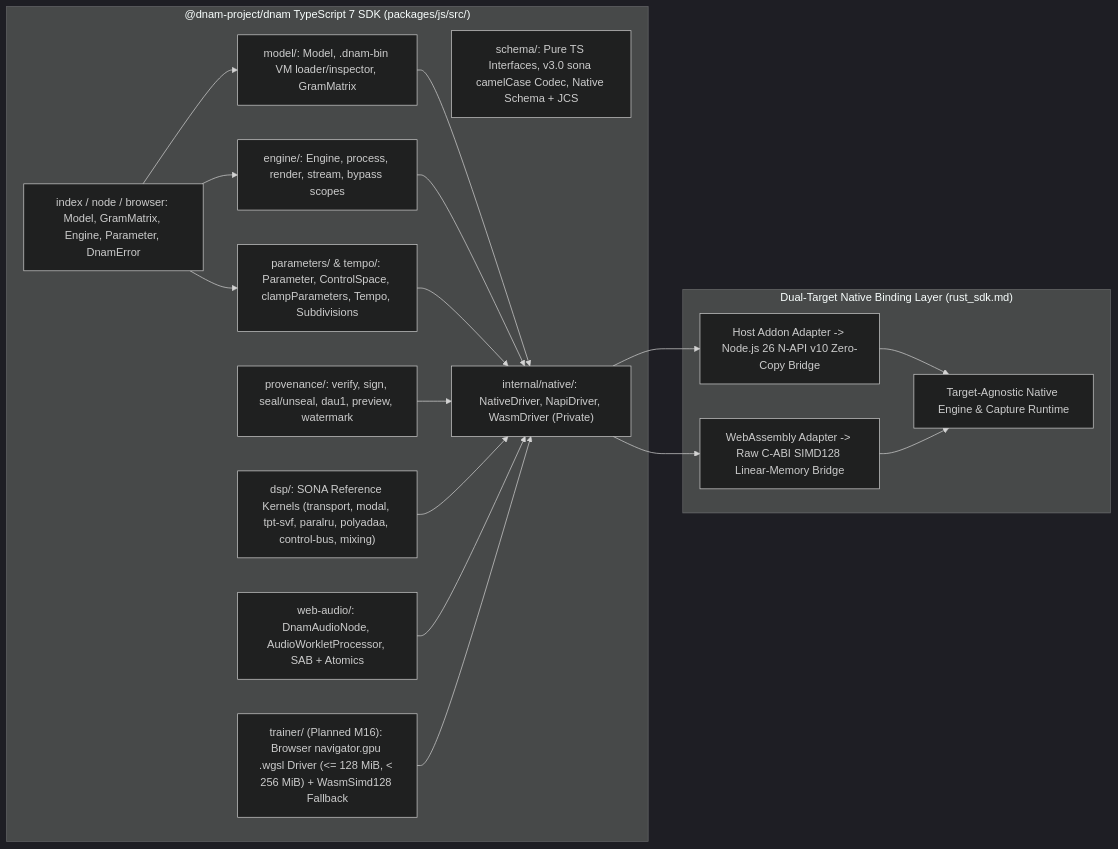
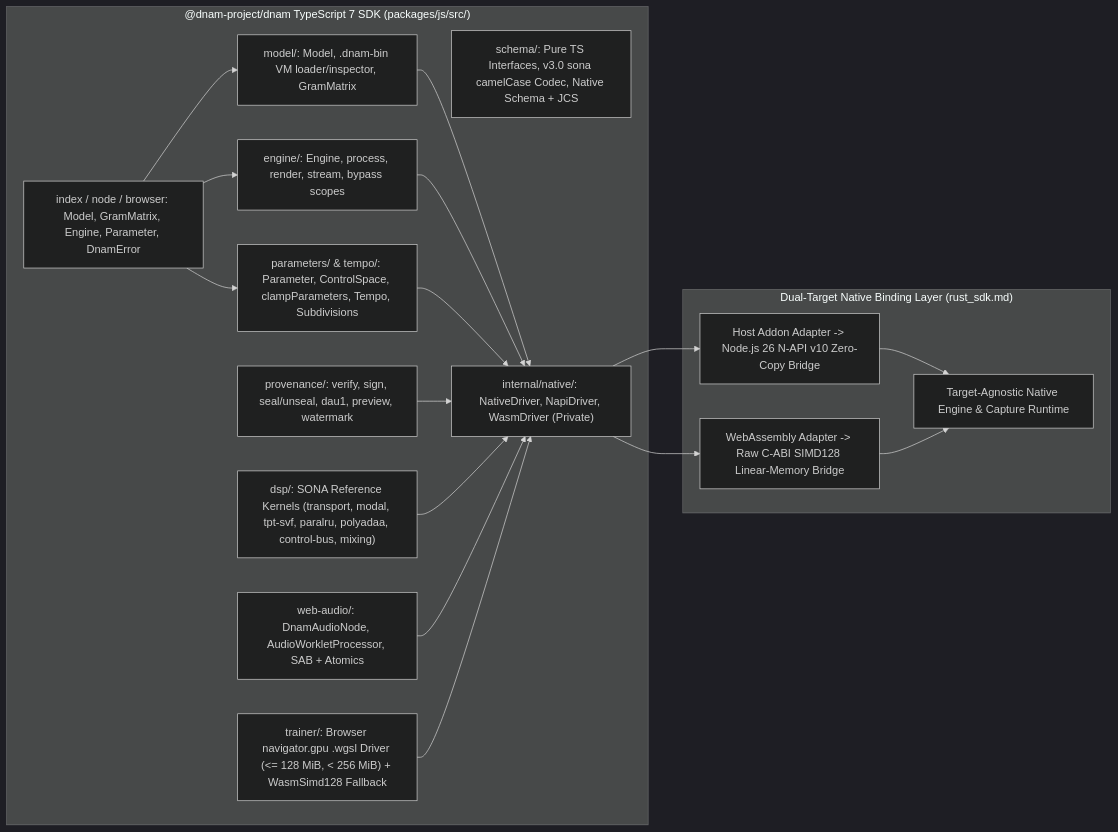
The diagram in docs/specs/sdks/typescript_sdk.md (mokugen/dnam), drawn with Mermaid (dark theme) before and after one commit. The commit also changed other lines of this file and 18 other files, not shown here.

````diff
--- a/docs/specs/sdks/typescript_sdk.md
+++ b/docs/specs/sdks/typescript_sdk.md
@@ -49,26 +49,26 @@
 ```mermaid
 flowchart LR
     subgraph TsSDK ["@dnam-project/dnam TypeScript 7 SDK (packages/js/src/)"]
         Top["index / node / browser: Model, GramMatrix, Engine, Parameter, DnamError"]
         Mod["model/: Model, .dnam-bin VM loader/inspector, GramMatrix"]
         Eng["engine/: Engine, process, render, stream, bypass scopes"]
         Par["parameters/ & tempo/: Parameter, ControlSpace, clampParameters, Tempo, Subdivisions"]
         Sch["schema/: Pure TS Interfaces, v3.0 sona camelCase Codec, Native Schema + JCS"]
         Prov["provenance/: verify, sign, seal/unseal, dau1, preview, watermark"]
         Dsp["dsp/: SONA Reference Kernels (transport, modal, tpt-svf, paralru, polyadaa, control-bus, mixing)"]
         Web["web-audio/: DnamAudioNode, AudioWorkletProcessor, SAB + Atomics"]
-        Gpu["trainer/ (Planned M16): Browser navigator.gpu .wgsl Driver (<= 128 MiB, < 256 MiB) + WasmSimd128 Fallback"]
+        Gpu["trainer/: Browser navigator.gpu .wgsl Driver (<= 128 MiB, < 256 MiB) + WasmSimd128 Fallback"]
         Int["internal/native/: NativeDriver, NapiDriver, WasmDriver (Private)"]
     end
 
     subgraph NativeRuntime ["Dual-Target Native Binding Layer (rust_sdk.md)"]
         RNapi["Host Addon Adapter -> Node.js 26 N-API v10 Zero-Copy Bridge"]
         RWasm["WebAssembly Adapter -> Raw C-ABI SIMD128 Linear-Memory Bridge"]
         RCore["Target-Agnostic Native Engine & Capture Runtime"]
     end
 
     Top --> Mod & Eng & Par
     Mod & Eng & Par & Prov & Dsp & Web & Gpu --> Int
     Int --> RNapi & RWasm
     RNapi & RWasm --> RCore
 ```
````
